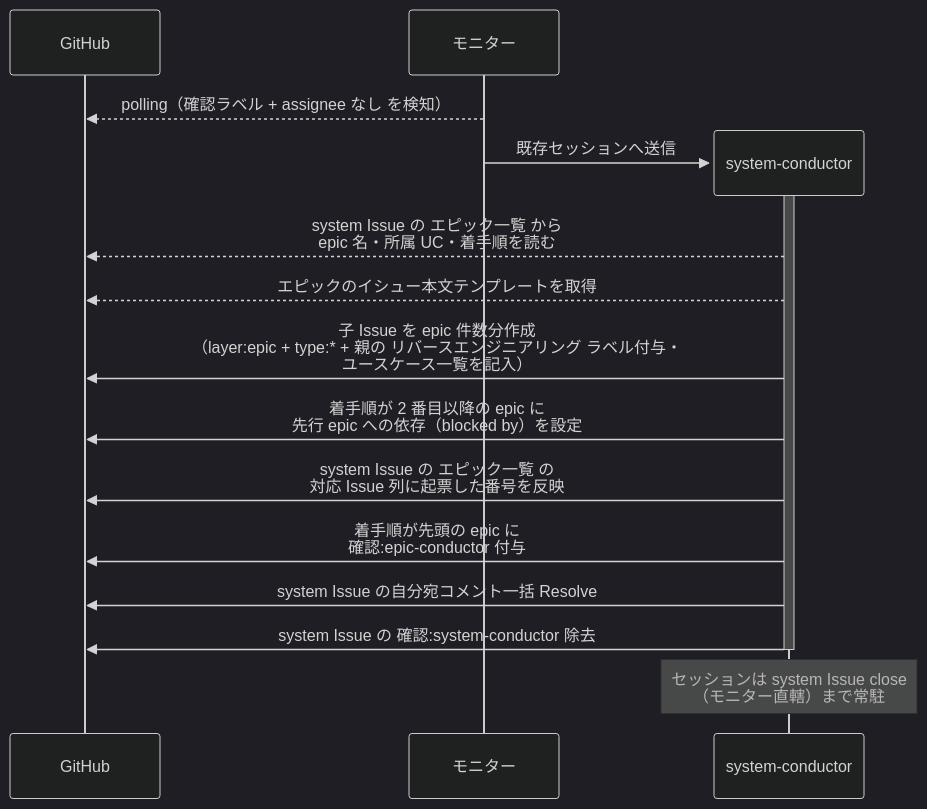
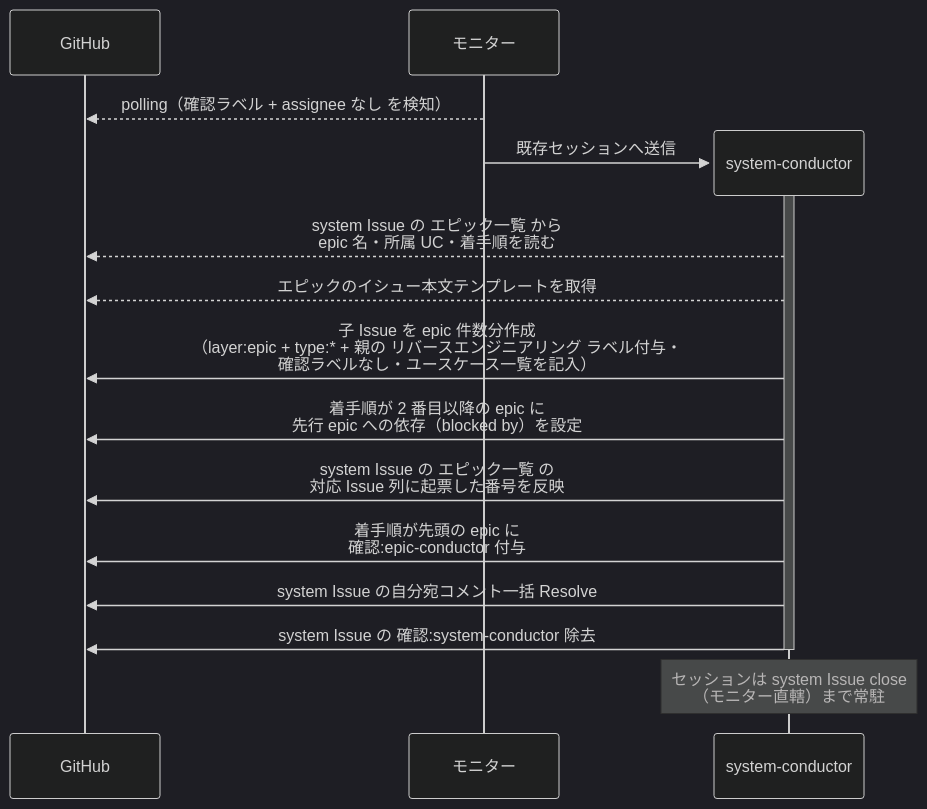
One commit to shuhei1101/ai-monitor changed the diagram in docs/wiki/設計図/シナリオ/単一ユースケース/子epic起票.md. Above: the diagram before and after it, drawn with Mermaid (dark theme). The commit also changed other lines of this file and 3 other files, not shown here.

````diff
--- a/docs/wiki/設計図/シナリオ/単一ユースケース/子epic起票.md
+++ b/docs/wiki/設計図/シナリオ/単一ユースケース/子epic起票.md
@@ -29,20 +29,20 @@
 ```mermaid
 sequenceDiagram
   participant GH as GitHub
   participant ORC as モニター
 
   ORC-->>GH: polling（確認ラベル + assignee なし を検知）
   create participant MON as system-conductor
   ORC->>MON: 既存セッションへ送信
   activate MON
   MON-->>GH: system Issue の エピック一覧 から<br>epic 名・所属 UC・着手順を読む
   MON-->>GH: エピックのイシュー本文テンプレートを取得
-  MON->>GH: 子 Issue を epic 件数分作成<br>（layer:epic + type:* + 親の リバースエンジニアリング ラベル付与・<br>ユースケース一覧を記入）
+  MON->>GH: 子 Issue を epic 件数分作成<br>（layer:epic + type:* + 親の リバースエンジニアリング ラベル付与・<br>確認ラベルなし・ユースケース一覧を記入）
   MON->>GH: 着手順が 2 番目以降の epic に<br>先行 epic への依存（blocked by）を設定
   MON->>GH: system Issue の エピック一覧 の<br>対応 Issue 列に起票した番号を反映
   MON->>GH: 着手順が先頭の epic に<br>確認:epic-conductor 付与
   MON->>GH: system Issue の自分宛コメント一括 Resolve
   MON->>GH: system Issue の 確認:system-conductor 除去
   deactivate MON
   Note over MON: セッションは system Issue close<br>（モニター直轄）まで常駐
 ```
````
